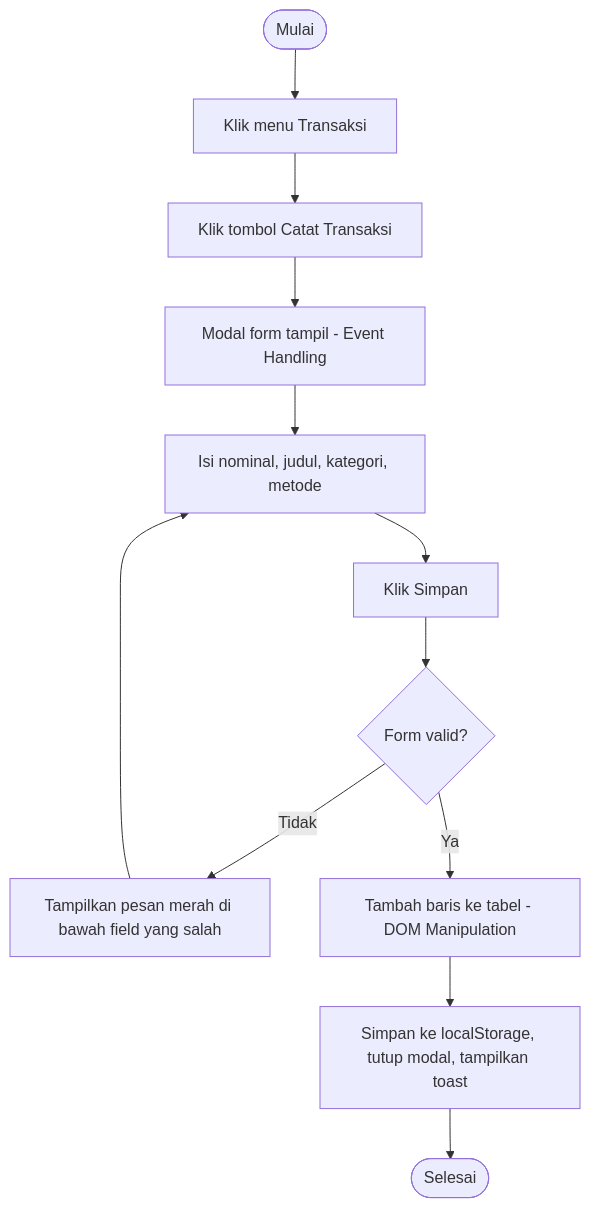
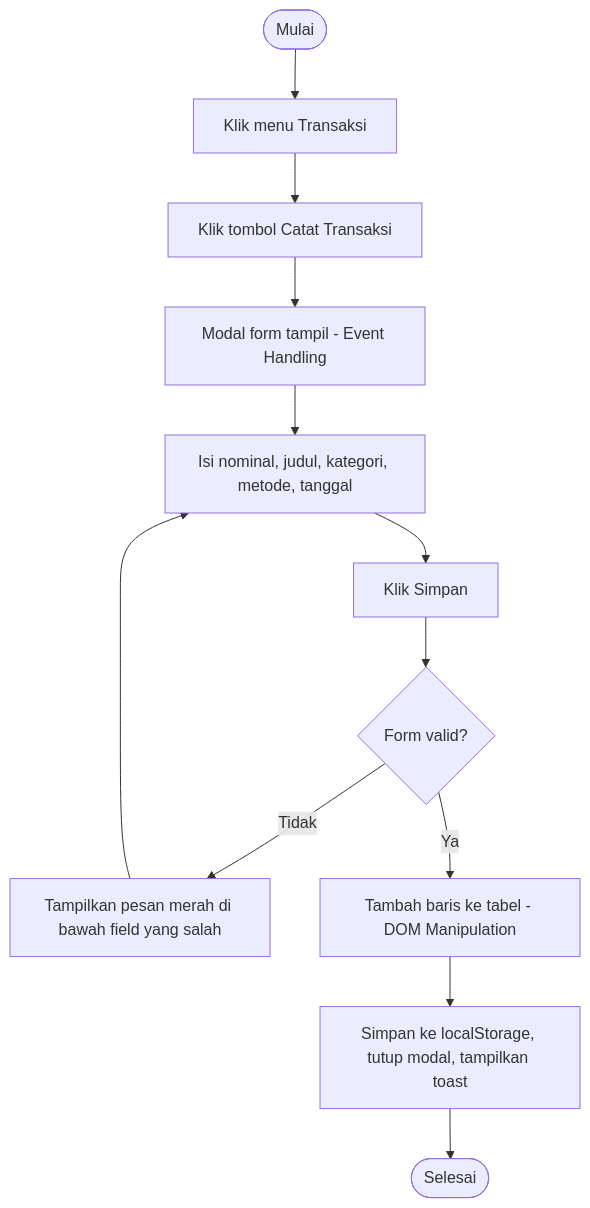
Before and after one commit to firdaushidayat015-beep/Dompetku: the ninth of 12 diagrams in dompetku/docs/SRS.md, drawn with Mermaid. The commit also changed other lines of this file, not shown here.

````diff
--- a/dompetku/docs/SRS.md
+++ b/dompetku/docs/SRS.md
@@ -69,14 +450,14 @@
 ```mermaid
 flowchart TD
   S([Mulai]) --> A[Klik menu Transaksi]
   A --> B[Klik tombol Catat Transaksi]
   B --> C[Modal form tampil - Event Handling]
-  C --> D[Isi nominal, judul, kategori, metode]
+  C --> D[Isi nominal, judul, kategori, metode, tanggal]
   D --> E[Klik Simpan]
   E --> F{Form valid?}
   F -- Tidak --> G[Tampilkan pesan merah di bawah field yang salah]
   G --> D
   F -- Ya --> H[Tambah baris ke tabel - DOM Manipulation]
   H --> I[Simpan ke localStorage, tutup modal, tampilkan toast]
   I --> X([Selesai])
 ```
````
